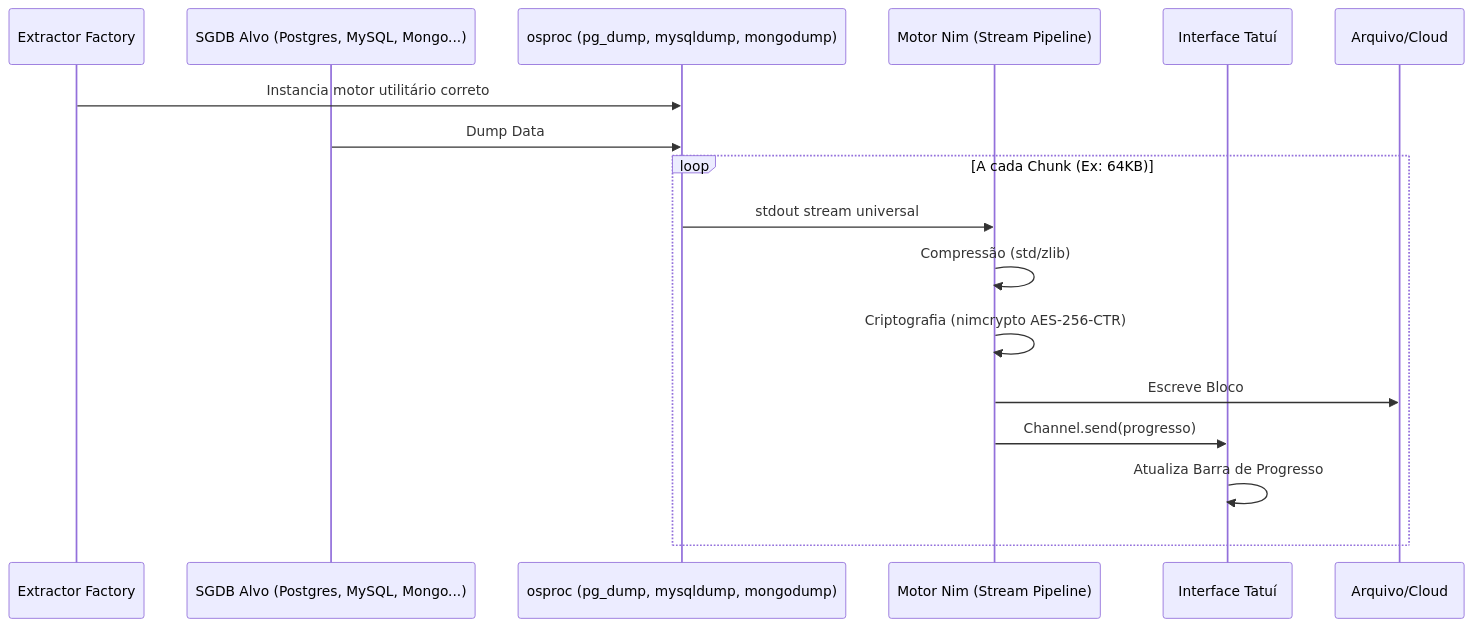
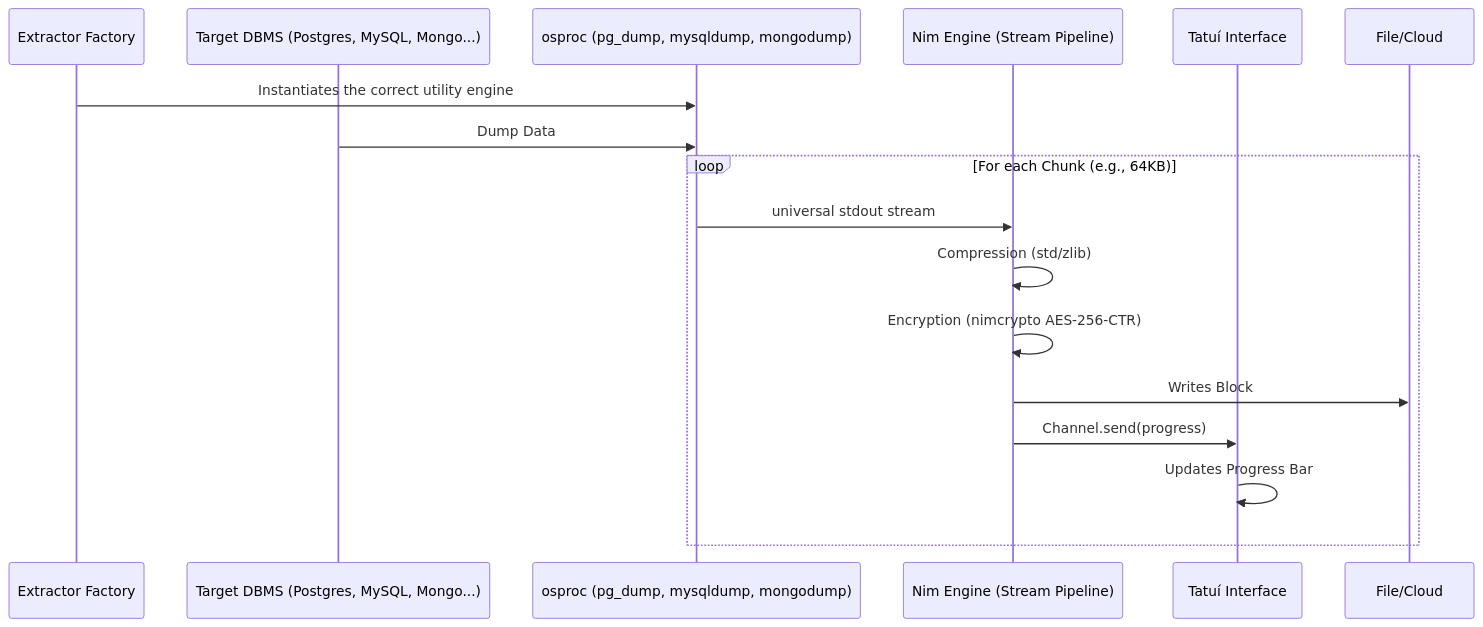
The diagram in docs/engineering/adrs/004_streaming_compression_encryption.md (invector-tecnologia/cambalhota), drawn with Mermaid before and after one commit. The commit also changed other lines of this file and 60 other files, not shown here.

````diff
--- a/docs/engineering/adrs/004_streaming_compression_encryption.md
+++ b/docs/engineering/adrs/004_streaming_compression_encryption.md
@@ -50,20 +50,20 @@
 ```mermaid
 sequenceDiagram
     participant Fac as Extractor Factory
-    participant DB as SGDB Alvo (Postgres, MySQL, Mongo...)
+    participant DB as Target DBMS (Postgres, MySQL, Mongo...)
     participant Proc as osproc (pg_dump, mysqldump, mongodump)
-    participant Pipe as Motor Nim (Stream Pipeline)
-    participant TUI as Interface Tatuí
-    participant Disk as Arquivo/Cloud
+    participant Pipe as Nim Engine (Stream Pipeline)
+    participant TUI as Tatuí Interface
+    participant Disk as File/Cloud
 
-    Fac->>Proc: Instancia motor utilitário correto
+    Fac->>Proc: Instantiates the correct utility engine
     DB->>Proc: Dump Data
-    loop A cada Chunk (Ex: 64KB)
-        Proc->>Pipe: stdout stream universal
-        Pipe->>Pipe: Compressão (std/zlib)
-        Pipe->>Pipe: Criptografia (nimcrypto AES-256-CTR)
-        Pipe->>Disk: Escreve Bloco
-        Pipe->>TUI: Channel.send(progresso)
-        TUI->>TUI: Atualiza Barra de Progresso
+    loop For each Chunk (e.g., 64KB)
+        Proc->>Pipe: universal stdout stream
+        Pipe->>Pipe: Compression (std/zlib)
+        Pipe->>Pipe: Encryption (nimcrypto AES-256-CTR)
+        Pipe->>Disk: Writes Block
+        Pipe->>TUI: Channel.send(progress)
+        TUI->>TUI: Updates Progress Bar
     end
 ```
````
